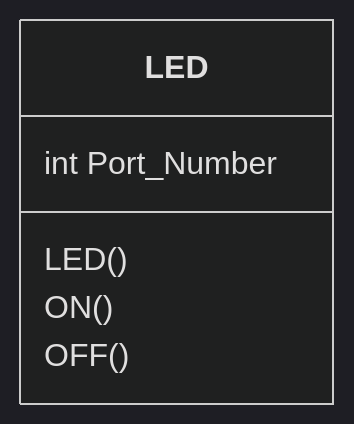
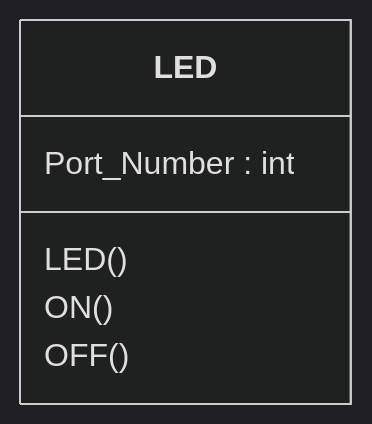
One commit to koson/ST67-Lab04-ESP32-LED-Component changed the diagram in README.md. Above: the diagram before and after it, drawn with Mermaid (dark theme).

````diff
--- a/README.md
+++ b/README.md
@@ -5,10 +5,10 @@
 ```mermaid
 
 classDiagram
 class LED {
-  int Port_Number
+  Port_Number : int
   LED()  
   ON()
   OFF()
 }
 ```
````
